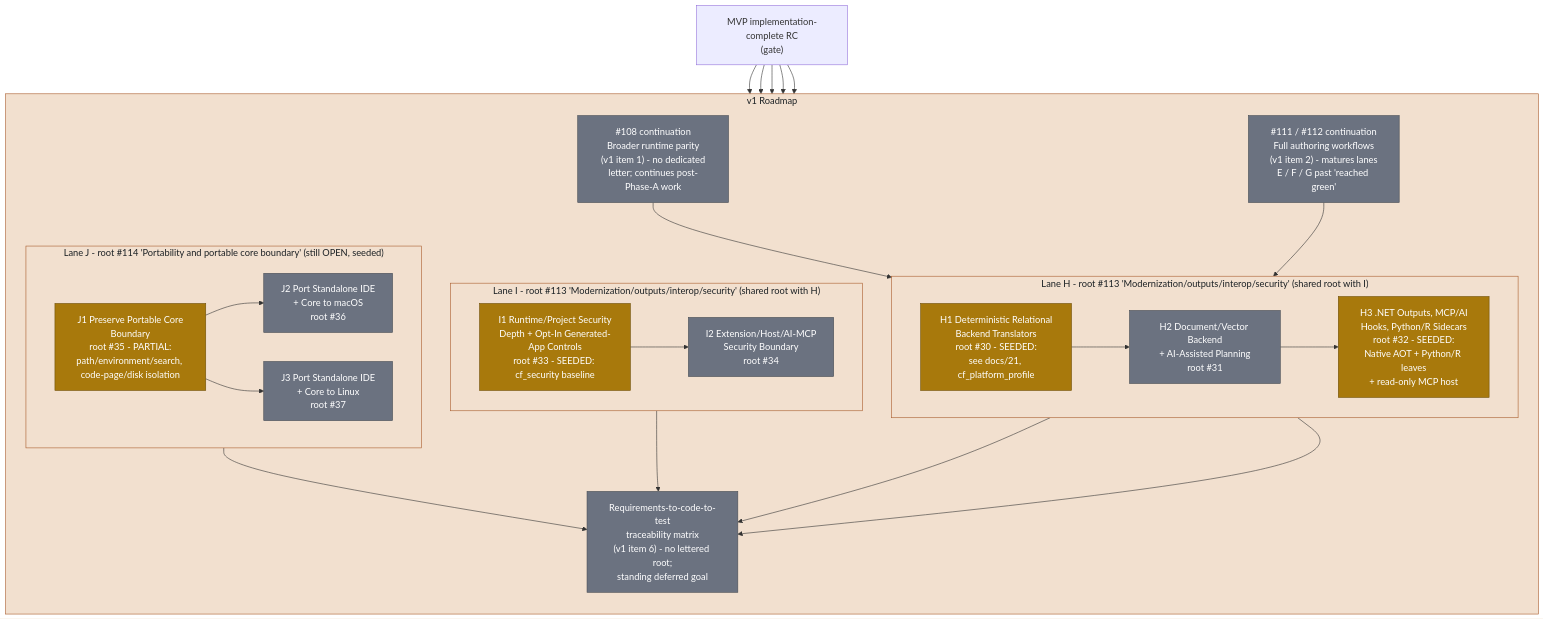
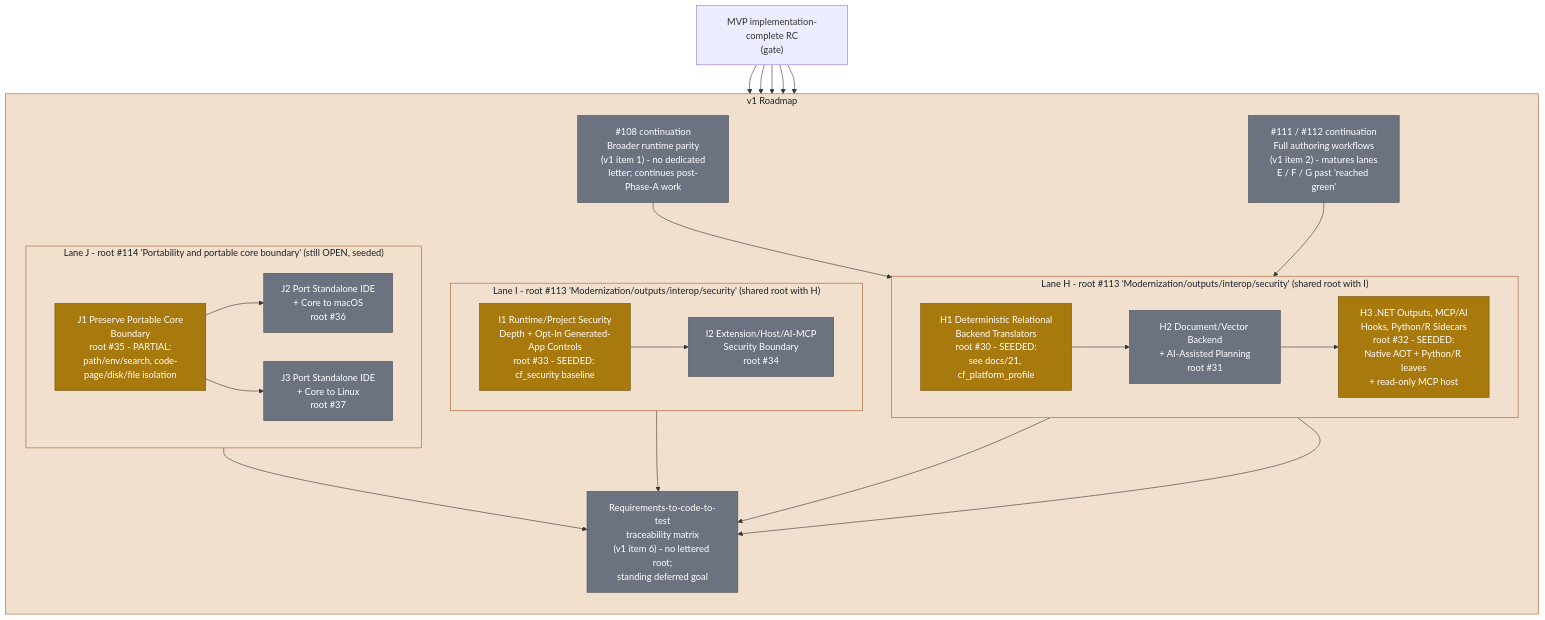
The diagram in docs/diagrams/roadmap-v1-lanes-hij.md (rhamenator/Project-Copperfin), drawn with Mermaid before and after one commit. The commit also changed other lines of this file and 16 other files, not shown here.

````diff
--- a/docs/diagrams/roadmap-v1-lanes-hij.md
+++ b/docs/diagrams/roadmap-v1-lanes-hij.md
@@ -10,60 +10,60 @@
 ```mermaid
 flowchart TB
     classDef partial fill:#a8790c,stroke:#6e4f07,color:#ffffff,stroke-width:1px;
     classDef planned fill:#6b7280,stroke:#484d54,color:#ffffff,stroke-width:1px;
     classDef lane fill:#f2e0cf,stroke:#a85a2a,color:#1b2024,stroke-width:1px;
 
     MVP["MVP implementation-complete RC<br/>(gate)"]
 
     subgraph V1["v1 Roadmap"]
       direction TB
 
       CONT1["#108 continuation<br/>Broader runtime parity<br/>(v1 item 1) - no dedicated<br/>letter; continues post-Phase-A work"]
       CONT2["#111 / #112 continuation<br/>Full authoring workflows<br/>(v1 item 2) - matures lanes<br/>E / F / G past 'reached green'"]
 
       subgraph LANEH["Lane H - root #113 'Modernization/outputs/interop/security' (shared root with I)"]
         direction LR
         H1["H1 Deterministic Relational<br/>Backend Translators<br/>root #30 - SEEDED:<br/>see docs/21, cf_platform_profile"]
         H2["H2 Document/Vector Backend<br/>+ AI-Assisted Planning<br/>root #31"]
         H3["H3 .NET Outputs, MCP/AI<br/>Hooks, Python/R Sidecars<br/>root #32 - SEEDED:<br/>Native AOT + Python/R leaves<br/>+ read-only MCP host"]
         H1 --> H2 --> H3
       end
 
       subgraph LANEI["Lane I - root #113 'Modernization/outputs/interop/security' (shared root with H)"]
         direction LR
         I1["I1 Runtime/Project Security<br/>Depth + Opt-In Generated-<br/>App Controls<br/>root #33 - SEEDED: cf_security baseline"]
         I2["I2 Extension/Host/AI-MCP<br/>Security Boundary<br/>root #34"]
         I1 --> I2
       end
 
       subgraph LANEJ["Lane J - root #114 'Portability and portable core boundary' (still OPEN, seeded)"]
         direction LR
-        J1["J1 Preserve Portable Core<br/>Boundary<br/>root #35 - PARTIAL:<br/>path/environment/search, code-page/disk isolation"]
+        J1["J1 Preserve Portable Core<br/>Boundary<br/>root #35 - PARTIAL:<br/>path/env/search, code-page/disk/file isolation"]
         J2["J2 Port Standalone IDE<br/>+ Core to macOS<br/>root #36"]
         J3["J3 Port Standalone IDE<br/>+ Core to Linux<br/>root #37"]
         J1 --> J2
         J1 --> J3
       end
 
       TRACE["Requirements-to-code-to-test<br/>traceability matrix<br/>(v1 item 6) - no lettered root;<br/>standing deferred goal"]
     end
 
     MVP --> CONT1
     MVP --> CONT2
     MVP --> LANEH
     MVP --> LANEI
     MVP --> LANEJ
     CONT1 --> H1
     CONT2 --> H3
     H1 --> TRACE
     H3 --> TRACE
     I2 --> TRACE
     J1 --> TRACE
 
     class CONT1,CONT2 planned;
     class H1,H3,I1,J1 partial;
     class H2,I2 planned;
     class J2,J3 planned;
     class TRACE planned;
     class V1,LANEH,LANEI,LANEJ lane;
 ```
````
